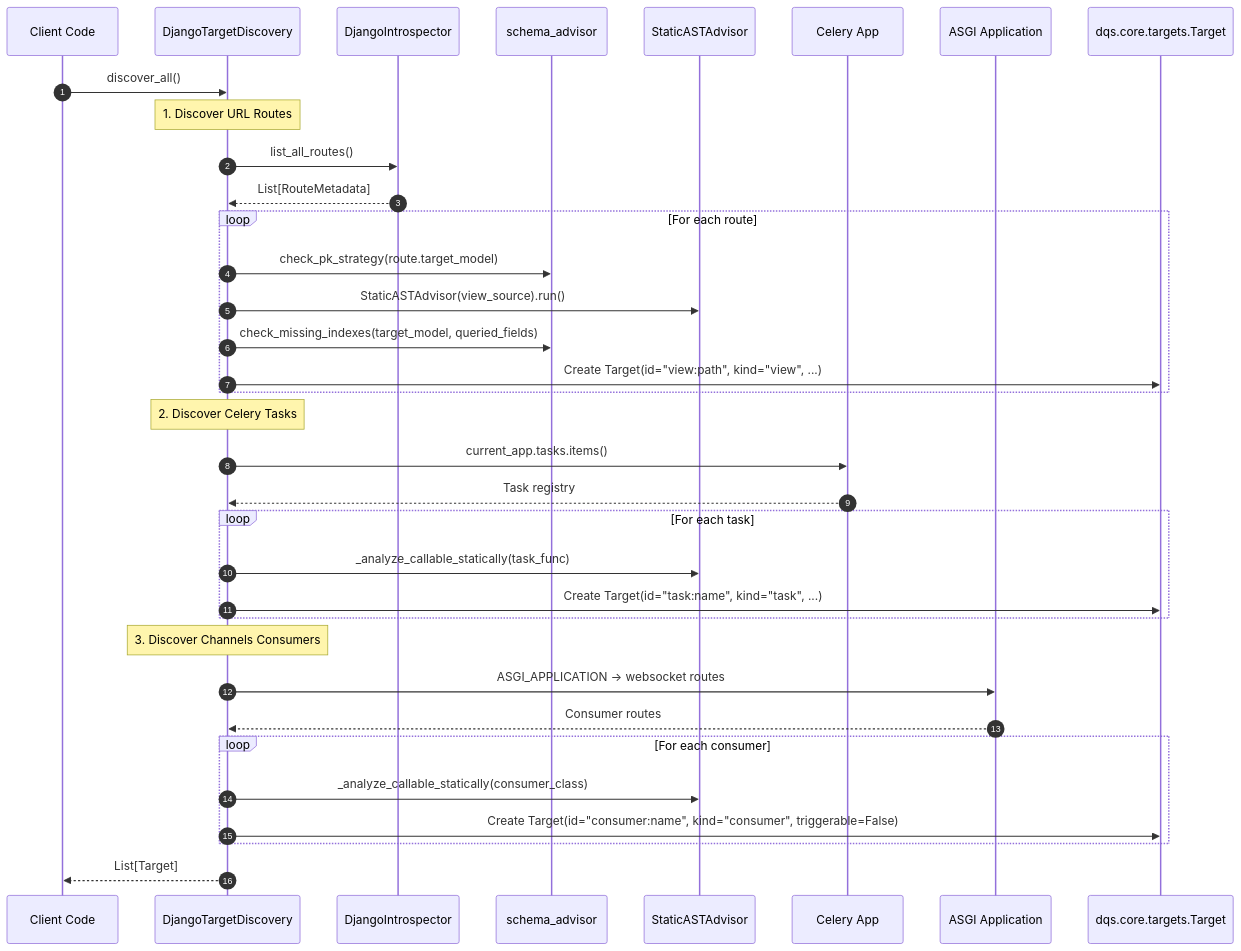
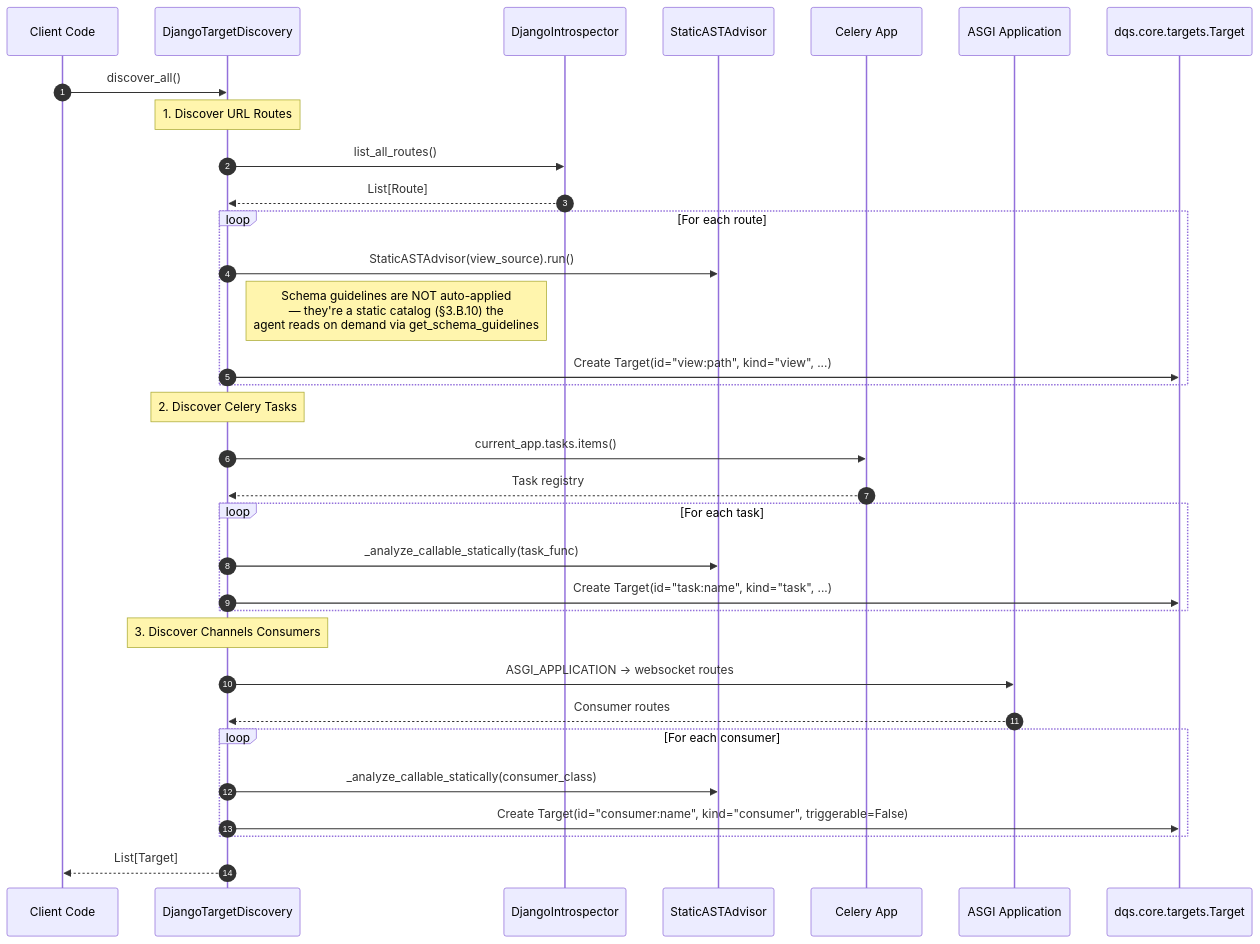
The tenth of 12 diagrams in architecture.md (Profysr/da-profiler), drawn with Mermaid before and after one commit. The commit also changed other lines of this file and 37 other files, not shown here.

````diff
--- a/architecture.md
+++ b/architecture.md
@@ -537,43 +623,41 @@
 ```mermaid
 sequenceDiagram
     autonumber
     participant Client as Client Code
     participant Discovery as DjangoTargetDiscovery
     participant Introspector as DjangoIntrospector
-    participant SchemaAdv as schema_advisor
     participant StaticAdv as StaticASTAdvisor
     participant Celery as Celery App
     participant Channels as ASGI Application
     participant Target as dqs.core.targets.Target
 
     Client->>Discovery: discover_all()
 
     Note over Discovery: 1. Discover URL Routes
     Discovery->>Introspector: list_all_routes()
-    Introspector-->>Discovery: List[RouteMetadata]
+    Introspector-->>Discovery: List[Route]
 
     loop For each route
-        Discovery->>SchemaAdv: check_pk_strategy(route.target_model)
         Discovery->>StaticAdv: StaticASTAdvisor(view_source).run()
-        Discovery->>SchemaAdv: check_missing_indexes(target_model, queried_fields)
+        Note right of Discovery: Schema guidelines are NOT auto-applied<br/>— they're a static catalog (§3.B.10) the<br/>agent reads on demand via get_schema_guidelines
         Discovery->>Target: Create Target(id="view:path", kind="view", ...)
     end
 
     Note over Discovery: 2. Discover Celery Tasks
     Discovery->>Celery: current_app.tasks.items()
     Celery-->>Discovery: Task registry
     loop For each task
         Discovery->>StaticAdv: _analyze_callable_statically(task_func)
         Discovery->>Target: Create Target(id="task:name", kind="task", ...)
     end
 
     Note over Discovery: 3. Discover Channels Consumers
     Discovery->>Channels: ASGI_APPLICATION -> websocket routes
     Channels-->>Discovery: Consumer routes
     loop For each consumer
         Discovery->>StaticAdv: _analyze_callable_statically(consumer_class)
         Discovery->>Target: Create Target(id="consumer:name", kind="consumer", triggerable=False)
     end
 
     Discovery-->>Client: List[Target]
 ```
````
